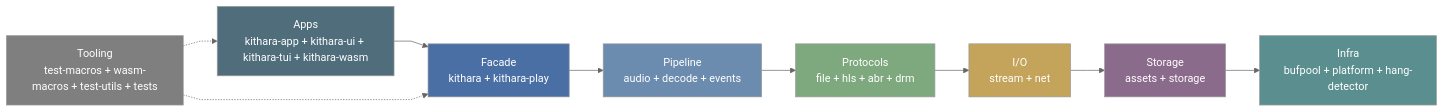
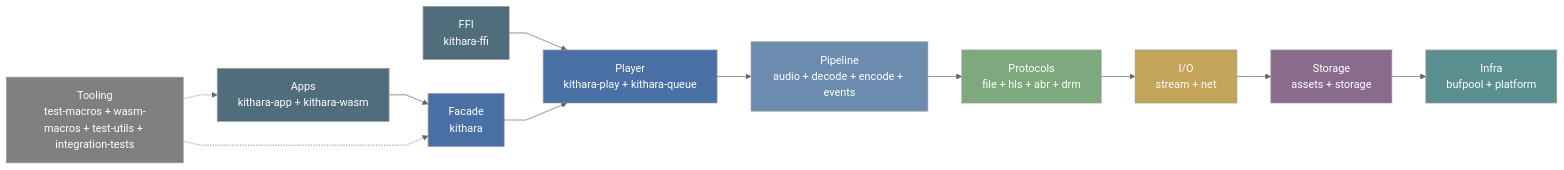
The diagram in README.md (zvuk/kithara), drawn with Mermaid (neutral theme) before and after one commit. The commit also changed other lines of this file and 805 other files, not shown here.

````diff
--- a/README.md
+++ b/README.md
@@ -39,26 +35,31 @@
 ```mermaid
 %%{init: {"flowchart": {"curve": "linear"}} }%%
 flowchart LR
-    apps["Apps<br/>kithara-app + kithara-ui + kithara-tui + kithara-wasm"]
-    facade["Facade<br/>kithara + kithara-play"]
-    pipeline["Pipeline<br/>audio + decode + events"]
+    apps["Apps<br/>kithara-app + kithara-wasm"]
+    ffi["FFI<br/>kithara-ffi"]
+    facade["Facade<br/>kithara"]
+    player["Player<br/>kithara-play + kithara-queue"]
+    pipeline["Pipeline<br/>audio + decode + encode + events"]
     protocols["Protocols<br/>file + hls + abr + drm"]
     io["I/O<br/>stream + net"]
     storage["Storage<br/>assets + storage"]
-    infra["Infra<br/>bufpool + platform + hang-detector"]
-    tooling["Tooling<br/>test-macros + wasm-macros + test-utils + tests"]
+    infra["Infra<br/>bufpool + platform"]
+    tooling["Tooling<br/>test-macros + wasm-macros + test-utils + integration-tests"]
 
     apps --> facade
-    facade --> pipeline --> protocols --> io --> storage --> infra
+    ffi --> player
+    facade --> player --> pipeline --> protocols --> io --> storage --> infra
     tooling -.-> facade
     tooling -.-> apps
 
     style apps fill:#4f6d7a,color:#fff
+    style ffi fill:#4f6d7a,color:#fff
     style facade fill:#4a6fa5,color:#fff
+    style player fill:#4a6fa5,color:#fff
     style pipeline fill:#6b8cae,color:#fff
     style protocols fill:#7ea87e,color:#fff
     style io fill:#c4a35a,color:#fff
     style storage fill:#8b6b8b,color:#fff
     style infra fill:#5b8f8f,color:#fff
     style tooling fill:#7f7f7f,color:#fff
 ```
````
